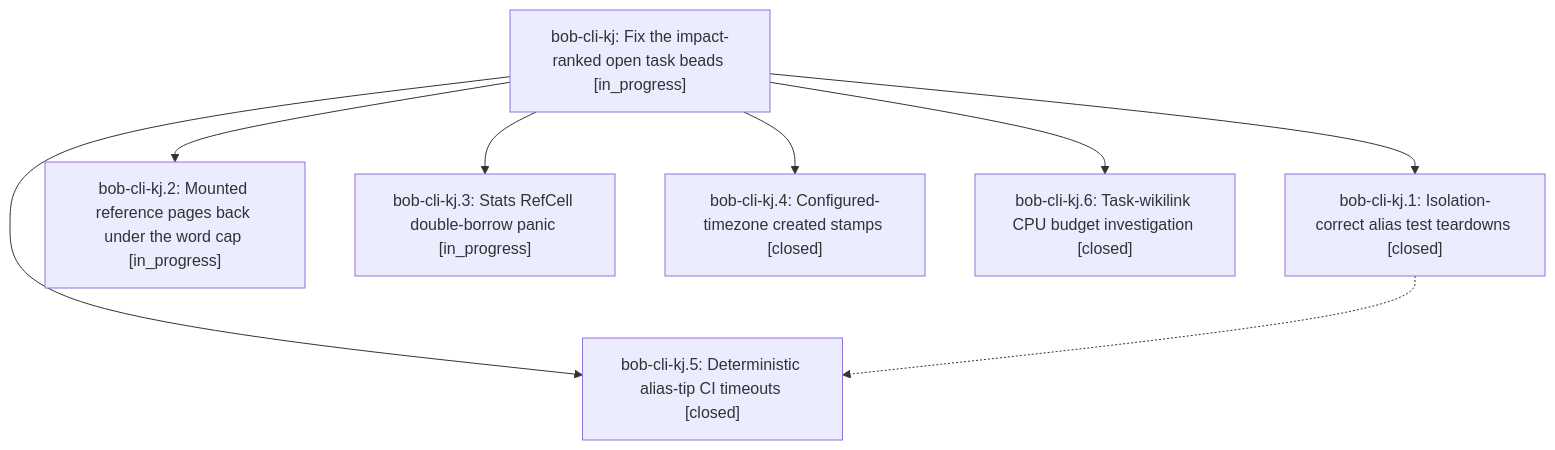
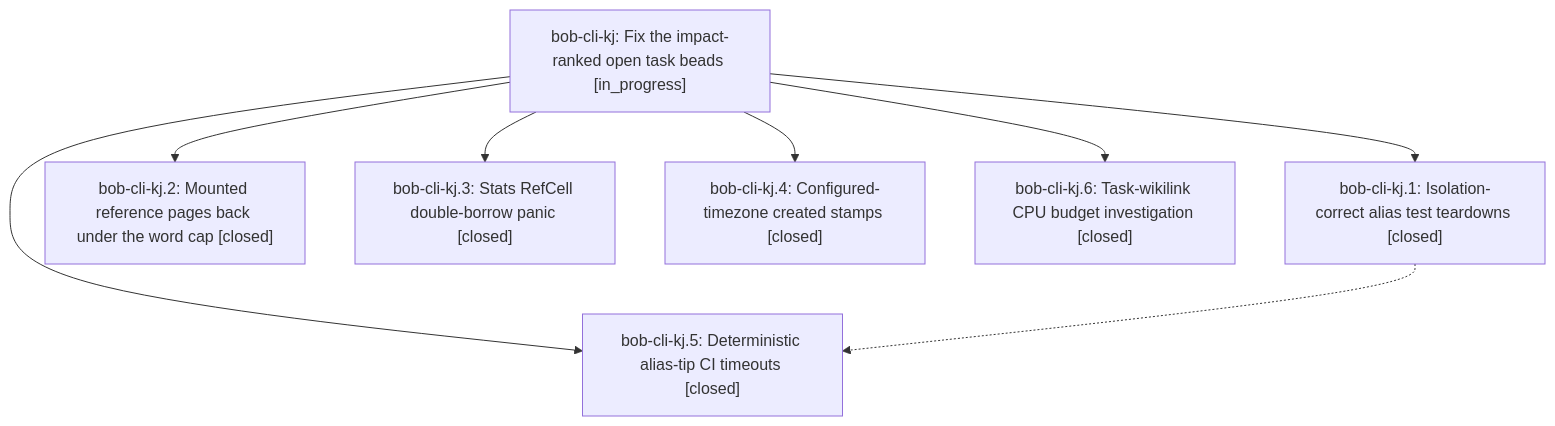
One commit to bobs-org/bob-cli--beads changed the diagram in pages/bob-cli-kj/README.md. Above: the diagram before and after it, drawn with Mermaid. The commit also changed other lines of this file and 4 other files, not shown here.

First line of the commit message:
chore(beads): sync bead state and pages for bob-cli-kj

````diff
--- a/pages/bob-cli-kj/README.md
+++ b/pages/bob-cli-kj/README.md
@@ -41,17 +41,17 @@
 ```mermaid
 flowchart TD
     n0["bob-cli-kj: Fix the impact-ranked open task beads [in_progress]"]
     n1["bob-cli-kj.1: Isolation-correct alias test teardowns [closed]"]
-    n2["bob-cli-kj.2: Mounted reference pages back under the word cap [in_progress]"]
-    n3["bob-cli-kj.3: Stats RefCell double-borrow panic [in_progress]"]
+    n2["bob-cli-kj.2: Mounted reference pages back under the word cap [closed]"]
+    n3["bob-cli-kj.3: Stats RefCell double-borrow panic [closed]"]
     n4["bob-cli-kj.4: Configured-timezone created stamps [closed]"]
     n5["bob-cli-kj.5: Deterministic alias-tip CI timeouts [closed]"]
     n6["bob-cli-kj.6: Task-wikilink CPU budget investigation [closed]"]
     n0 --> n1
     n0 --> n2
     n0 --> n3
     n0 --> n4
     n0 --> n5
     n0 --> n6
     n1 -.-> n5
 ```
````
